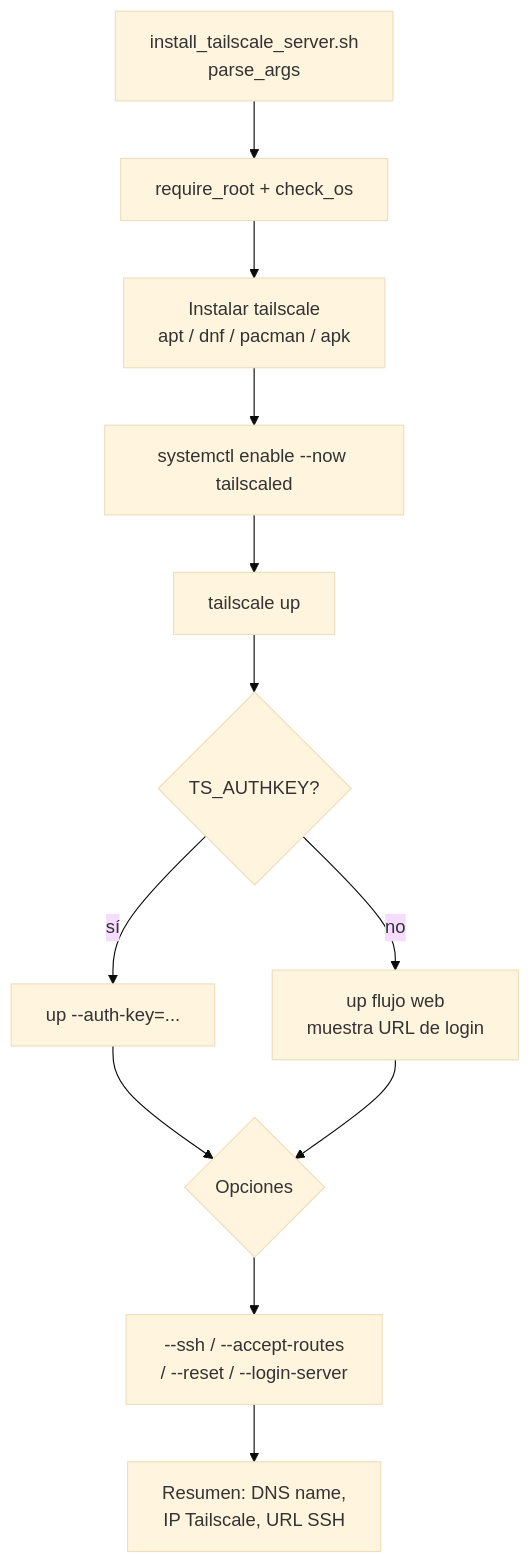
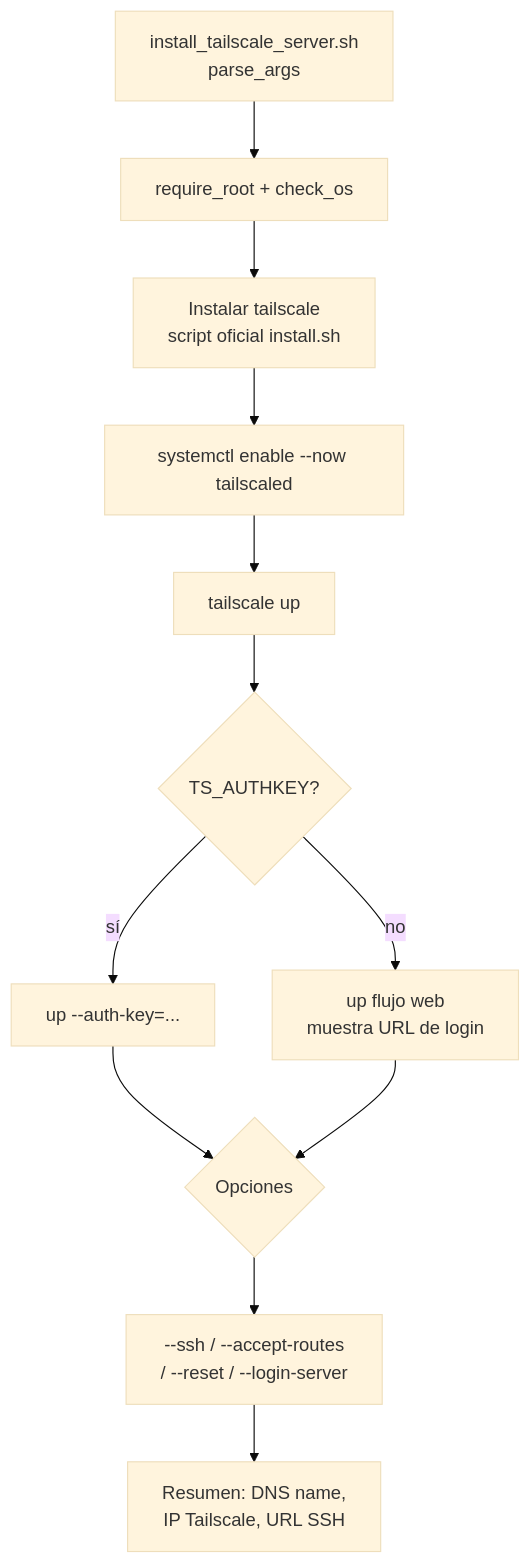
One commit to bi0punk/auto-tailscale changed the diagram in README.md. Above: the diagram before and after it, drawn with Mermaid (base theme). The commit also changed other lines of this file, not shown here.

Commit message:
docs: instalación oficial y systemd implementado

````diff
--- a/README.md
+++ b/README.md
@@ -33,14 +33,14 @@
 ```mermaid
 flowchart TD
   A[install_tailscale_server.sh<br/>parse_args] --> B[require_root + check_os]
-  B --> C[Instalar tailscale<br/>apt / dnf / pacman / apk]
+  B --> C[Instalar tailscale<br/>script oficial install.sh]
   C --> D[systemctl enable --now tailscaled]
   D --> E[tailscale up]
   E --> F{TS_AUTHKEY?}
   F -->|sí| G[up --auth-key=...]
   F -->|no| H[up flujo web<br/>muestra URL de login]
   G --> I{Opciones}
   H --> I
   I --> J[--ssh / --accept-routes<br/>/ --reset / --login-server]
   J --> K[Resumen: DNS name,<br/>IP Tailscale, URL SSH]
 ```
````
